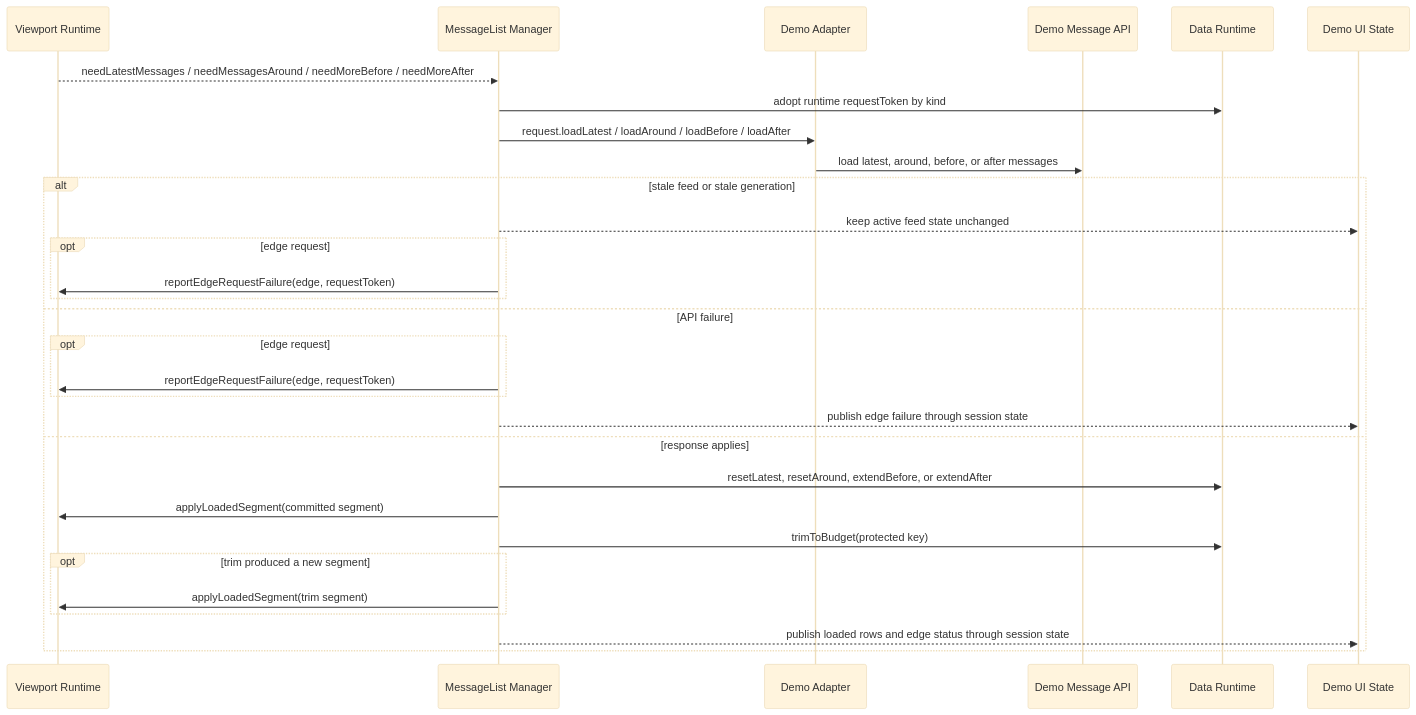
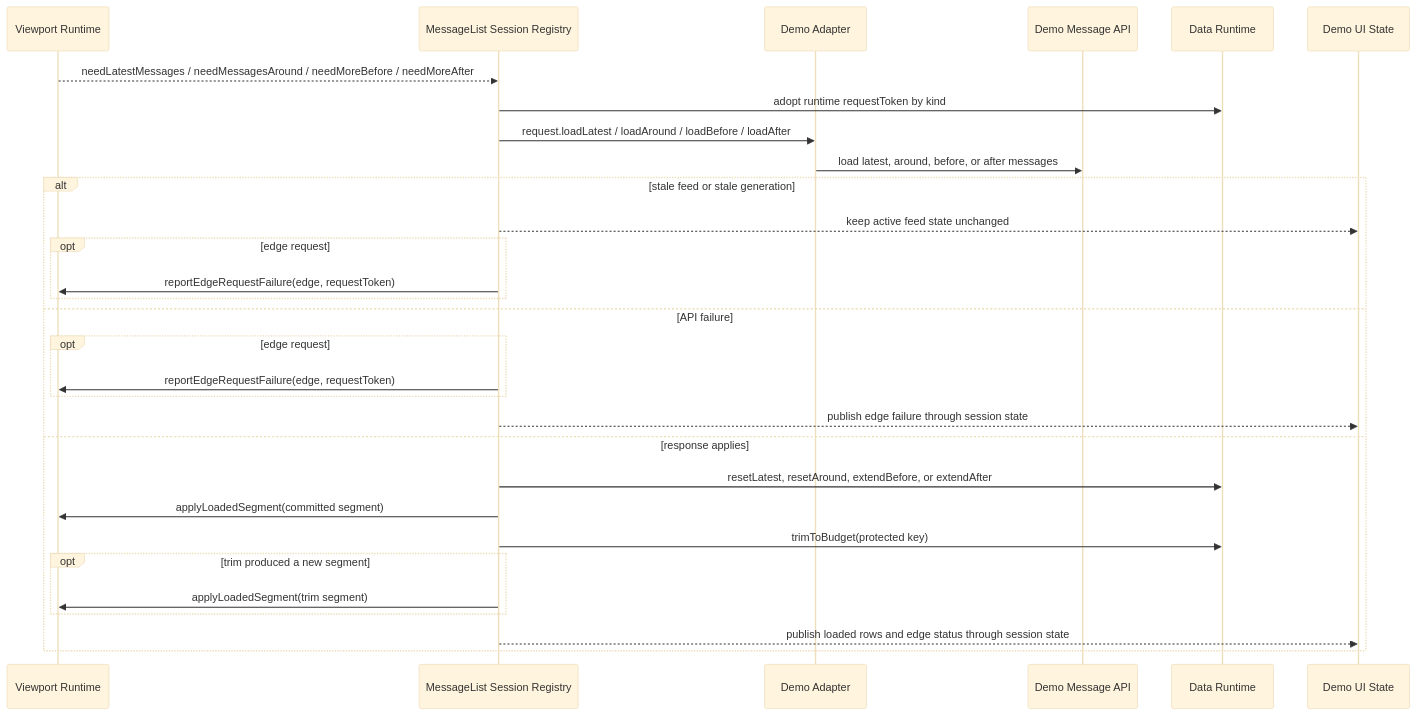
The first of 2 diagrams in docs/graph/demo-and-e2e.md (LouisGo/XMessageList), drawn with Mermaid (base theme) before and after one commit. The commit also changed other lines of this file and 33 other files, not shown here.

````diff
--- a/docs/graph/demo-and-e2e.md
+++ b/docs/graph/demo-and-e2e.md
@@ -5,34 +5,34 @@
 ```mermaid
 sequenceDiagram
   participant Runtime as Viewport Runtime
-  participant Manager as MessageList Manager
+  participant Registry as MessageList Session Registry
   participant Adapter as Demo Adapter
   participant API as Demo Message API
   participant Data as Data Runtime
   participant UI as Demo UI State
 
-  Runtime-->>Manager: needLatestMessages / needMessagesAround / needMoreBefore / needMoreAfter
-  Manager->>Data: adopt runtime requestToken by kind
-  Manager->>Adapter: request.loadLatest / loadAround / loadBefore / loadAfter
+  Runtime-->>Registry: needLatestMessages / needMessagesAround / needMoreBefore / needMoreAfter
+  Registry->>Data: adopt runtime requestToken by kind
+  Registry->>Adapter: request.loadLatest / loadAround / loadBefore / loadAfter
   Adapter->>API: load latest, around, before, or after messages
 
   alt stale feed or stale generation
-    Manager-->>UI: keep active feed state unchanged
+    Registry-->>UI: keep active feed state unchanged
     opt edge request
-      Manager->>Runtime: reportEdgeRequestFailure(edge, requestToken)
+      Registry->>Runtime: reportEdgeRequestFailure(edge, requestToken)
     end
   else API failure
     opt edge request
-      Manager->>Runtime: reportEdgeRequestFailure(edge, requestToken)
+      Registry->>Runtime: reportEdgeRequestFailure(edge, requestToken)
     end
-    Manager-->>UI: publish edge failure through session state
+    Registry-->>UI: publish edge failure through session state
   else response applies
-    Manager->>Data: resetLatest, resetAround, extendBefore, or extendAfter
-    Manager->>Runtime: applyLoadedSegment(committed segment)
-    Manager->>Data: trimToBudget(protected key)
+    Registry->>Data: resetLatest, resetAround, extendBefore, or extendAfter
+    Registry->>Runtime: applyLoadedSegment(committed segment)
+    Registry->>Data: trimToBudget(protected key)
     opt trim produced a new segment
-      Manager->>Runtime: applyLoadedSegment(trim segment)
+      Registry->>Runtime: applyLoadedSegment(trim segment)
     end
-    Manager-->>UI: publish loaded rows and edge status through session state
+    Registry-->>UI: publish loaded rows and edge status through session state
   end
 ```
````
